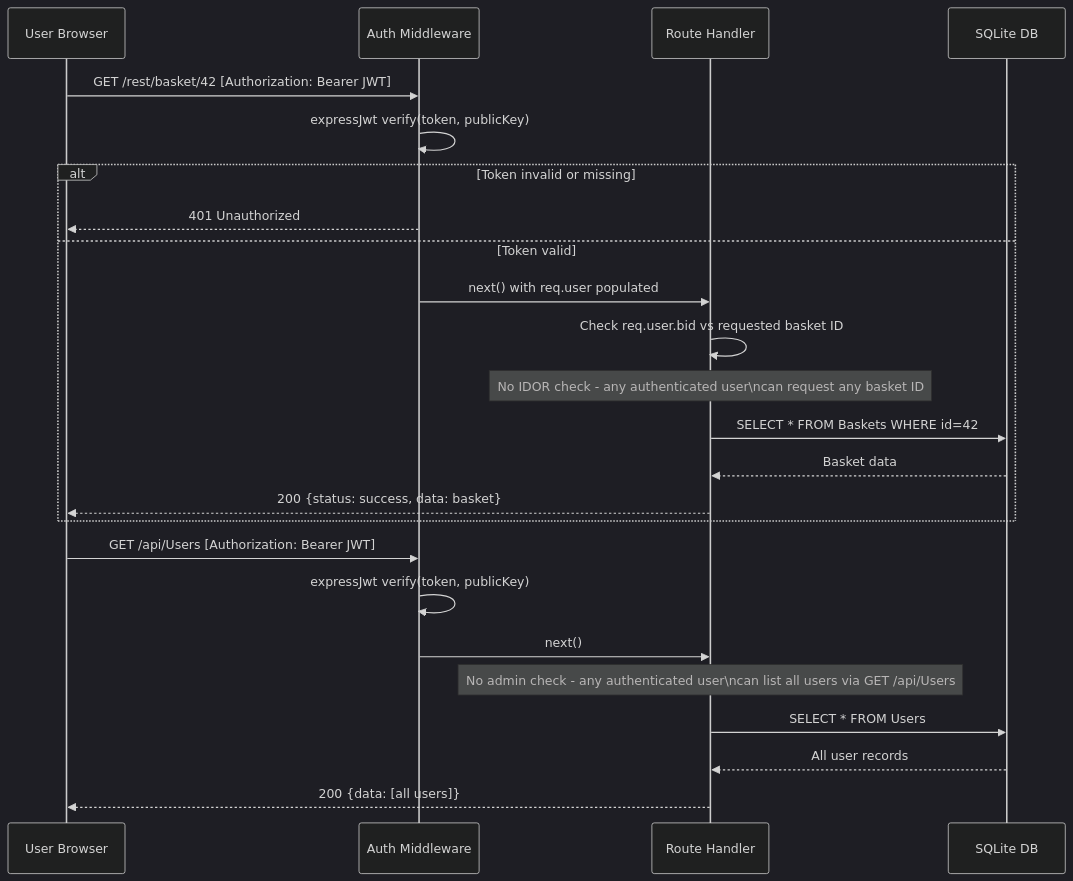
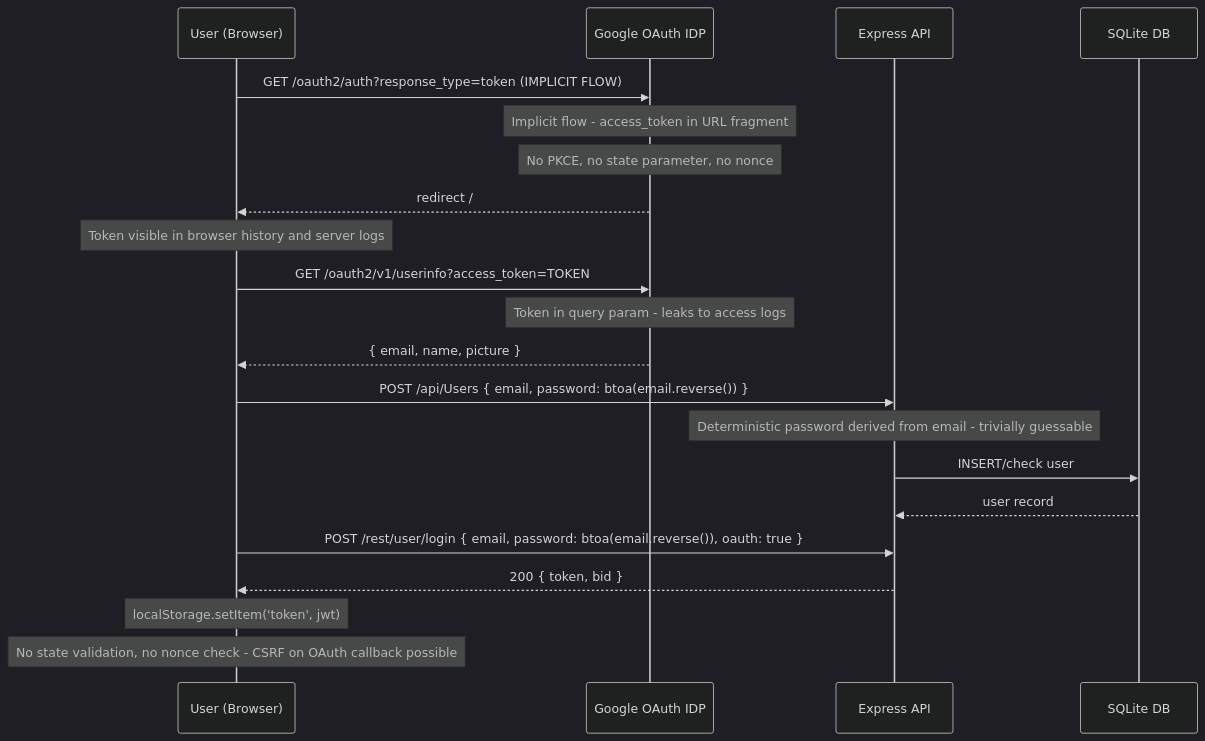
One commit to appsec-foundry/appsec-advisor changed the fifth of 10 diagrams in examples/juice-shop/threat-model-sonnet.md. Above: the diagram before and after it, drawn with Mermaid (dark theme). The commit also changed other lines of this file and 17 other files, not shown here.

````diff
--- a/examples/juice-shop/threat-model-sonnet.md
+++ b/examples/juice-shop/threat-model-sonnet.md
@@ -236,27 +296,24 @@
 ```mermaid
 sequenceDiagram
-    participant U as User Browser
-    participant MW as Auth Middleware
-    participant R as Route Handler
+    participant U as User (Browser)
+    participant GOOGLE as Google OAuth IDP
+    participant API as Express API
     participant DB as SQLite DB
 
-    U->>MW: GET /rest/basket/42 [Authorization: Bearer JWT]
-    MW->>MW: expressJwt verify(token, publicKey)
-    alt Token invalid or missing
-        MW-->>U: 401 Unauthorized
-    else Token valid
-        MW->>R: next() with req.user populated
-        R->>R: Check req.user.bid vs requested basket ID
-        Note over R: No IDOR check - any authenticated user\ncan request any basket ID
-        R->>DB: SELECT * FROM Baskets WHERE id=42
-        DB-->>R: Basket data
-        R-->>U: 200 {status: success, data: basket}
-    end
-    U->>MW: GET /api/Users [Authorization: Bearer JWT]
-    MW->>MW: expressJwt verify(token, publicKey)
-    MW->>R: next()
-    Note over R: No admin check - any authenticated user\ncan list all users via GET /api/Users
-    R->>DB: SELECT * FROM Users
-    DB-->>R: All user records
-    R-->>U: 200 {data: [all users]}
+    U->>GOOGLE: GET /oauth2/auth?response_type=token (IMPLICIT FLOW)
+    Note over GOOGLE: Implicit flow - access_token in URL fragment
+    Note over GOOGLE: No PKCE, no state parameter, no nonce
+    GOOGLE-->>U: redirect /#access_token=TOKEN (token in URL hash)
+    Note over U: Token visible in browser history and server logs
+    U->>GOOGLE: GET /oauth2/v1/userinfo?access_token=TOKEN
+    Note over GOOGLE: Token in query param - leaks to access logs
+    GOOGLE-->>U: { email, name, picture }
+    U->>API: POST /api/Users { email, password: btoa(email.reverse()) }
+    Note over API: Deterministic password derived from email - trivially guessable
+    API->>DB: INSERT/check user
+    DB-->>API: user record
+    U->>API: POST /rest/user/login { email, password: btoa(email.reverse()), oauth: true }
+    API-->>U: 200 { token, bid }
+    Note over U: localStorage.setItem('token', jwt)
+    Note over U: No state validation, no nonce check - CSRF on OAuth callback possible
 ```
````
